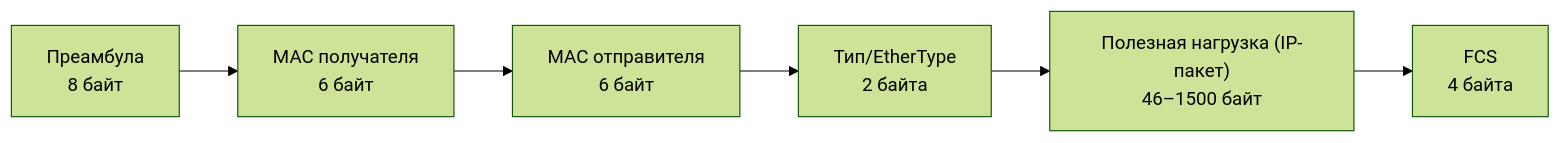
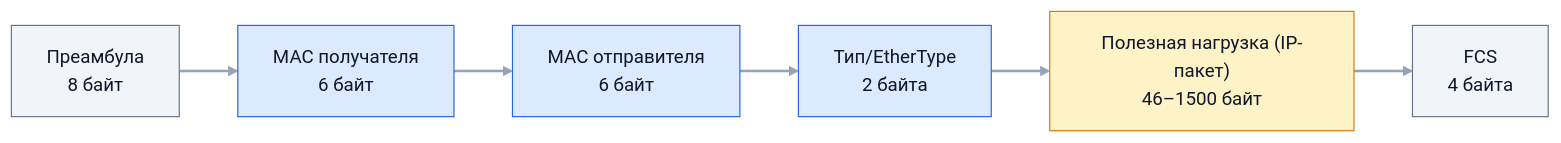
Before and after one commit to bogdan111305/java-senior-roadmap: the first of 3 diagrams in kb/01-fundamentals/03-networking-basics/02-ethernet-data-link.md, drawn with Mermaid (forest theme). The commit also changed other lines of this file and 31 other files, not shown here.

````diff
--- a/kb/01-fundamentals/03-networking-basics/02-ethernet-data-link.md
+++ b/kb/01-fundamentals/03-networking-basics/02-ethernet-data-link.md
@@ -35,8 +35,17 @@
 ```mermaid
 flowchart LR
     P["Преамбула<br/>8 байт"] --> D["MAC получателя<br/>6 байт"]
     D --> S["MAC отправителя<br/>6 байт"]
     S --> T["Тип/EtherType<br/>2 байта"]
     T --> PL["Полезная нагрузка (IP-пакет)<br/>46–1500 байт"]
     PL --> F["FCS<br/>4 байта"]
+    classDef main fill:#dbeafe,stroke:#2563eb,color:#0f172a
+    classDef accent fill:#fef3c7,stroke:#d97706,color:#0f172a
+    classDef good fill:#dcfce7,stroke:#16a34a,color:#0f172a
+    classDef muted fill:#f1f5f9,stroke:#64748b,color:#0f172a
+    classDef bad fill:#fee2e2,stroke:#dc2626,color:#0f172a
+    class P,F muted
+    class D,S,T main
+    class PL accent
+    linkStyle default stroke:#94a3b8,stroke-width:2px
 ```
````
